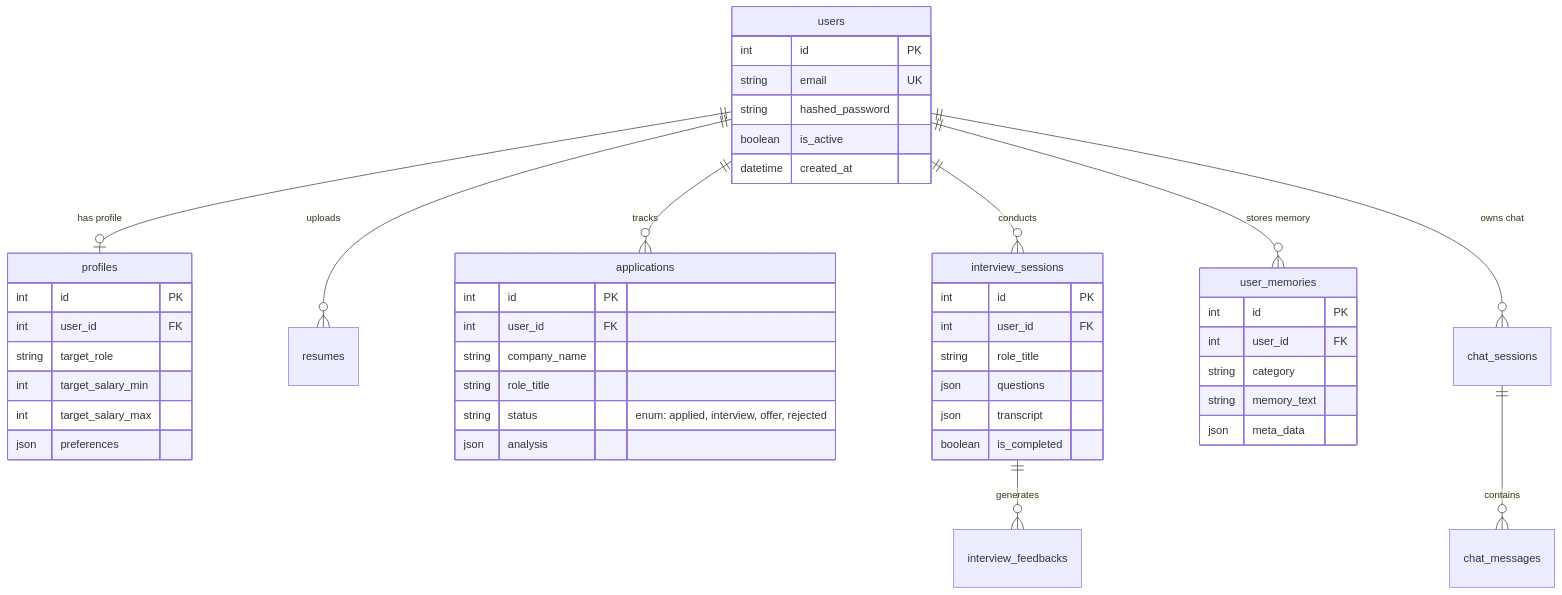
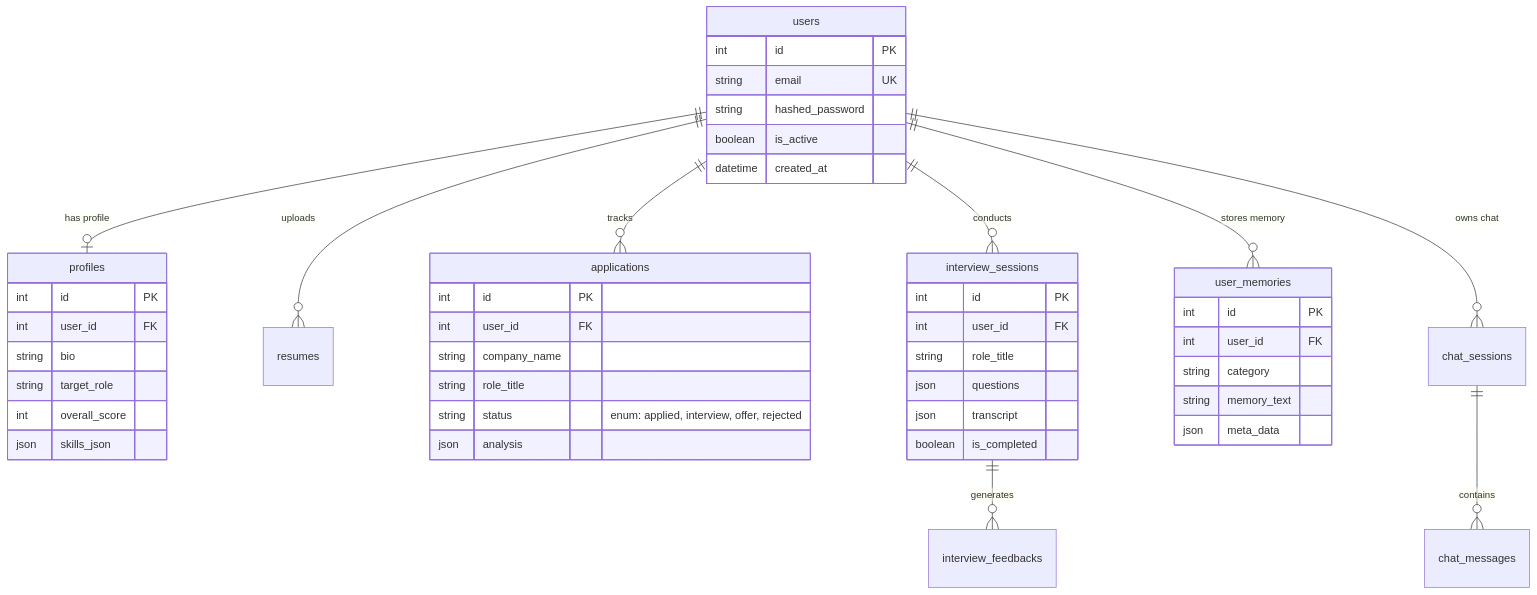
Before and after one commit to PavanKalyan1430/A.C.E.-Autonomous-Career-Intelligence-Engine: the third of 3 diagrams in README.md, drawn with Mermaid. The commit also changed other lines of this file, not shown here.

Commit message:
docs: complete 11-section master production README with full services, tools, API latencies, and DB schemas

````diff
--- a/README.md
+++ b/README.md
@@ -205,54 +229,54 @@
 ```mermaid
 erDiagram
     users ||--o| profiles : "has profile"
     users ||--o{ resumes : "uploads"
     users ||--o{ applications : "tracks"
     users ||--o{ interview_sessions : "conducts"
     users ||--o{ user_memories : "stores memory"
     users ||--o{ chat_sessions : "owns chat"
     chat_sessions ||--o{ chat_messages : "contains"
     interview_sessions ||--o{ interview_feedbacks : "generates"
 
     users {
         int id PK
         string email UK
         string hashed_password
         boolean is_active
         datetime created_at
     }
 
     profiles {
         int id PK
         int user_id FK
+        string bio
         string target_role
-        int target_salary_min
-        int target_salary_max
-        json preferences
+        int overall_score
+        json skills_json
     }
 
     applications {
         int id PK
         int user_id FK
         string company_name
         string role_title
         string status "enum: applied, interview, offer, rejected"
         json analysis
     }
 
     interview_sessions {
         int id PK
         int user_id FK
         string role_title
         json questions
         json transcript
         boolean is_completed
     }
 
     user_memories {
         int id PK
         int user_id FK
         string category
         string memory_text
         json meta_data
     }
 ```
````
